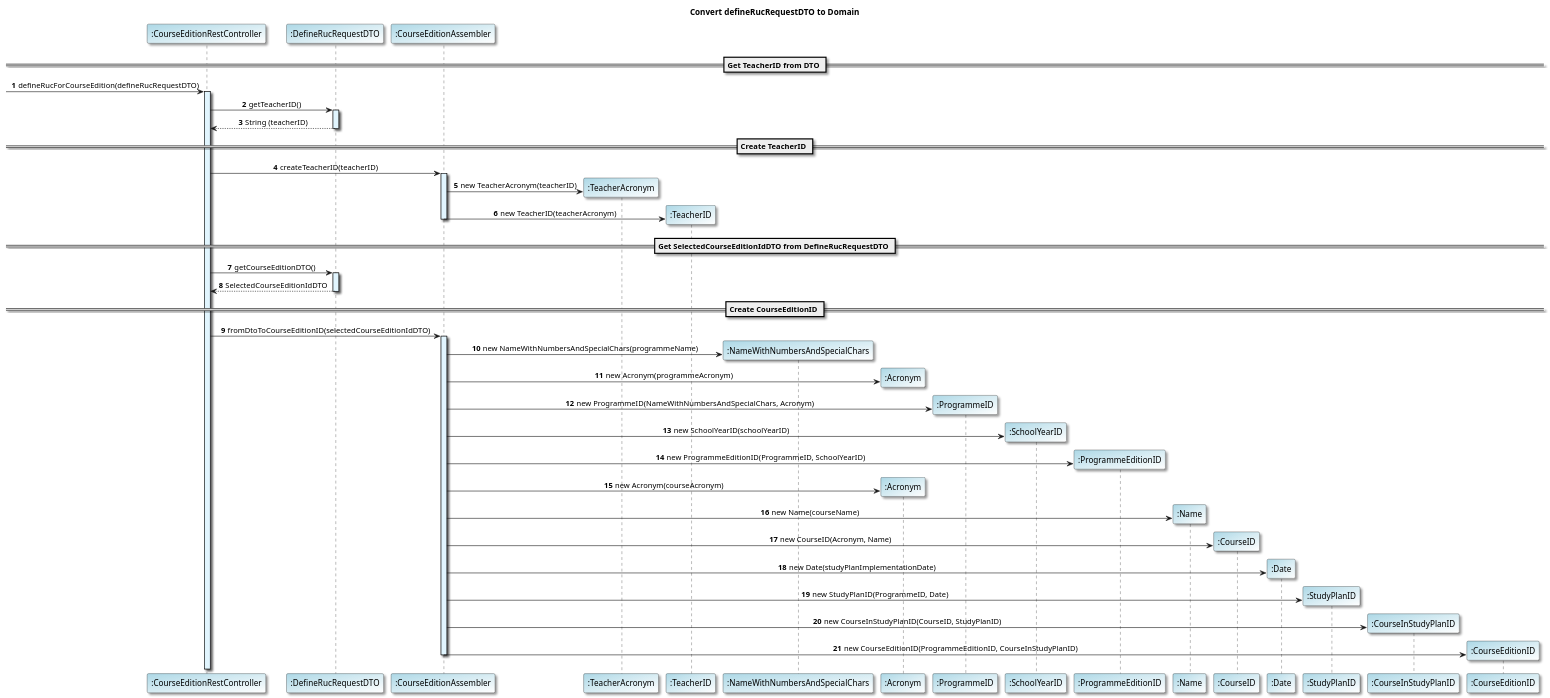
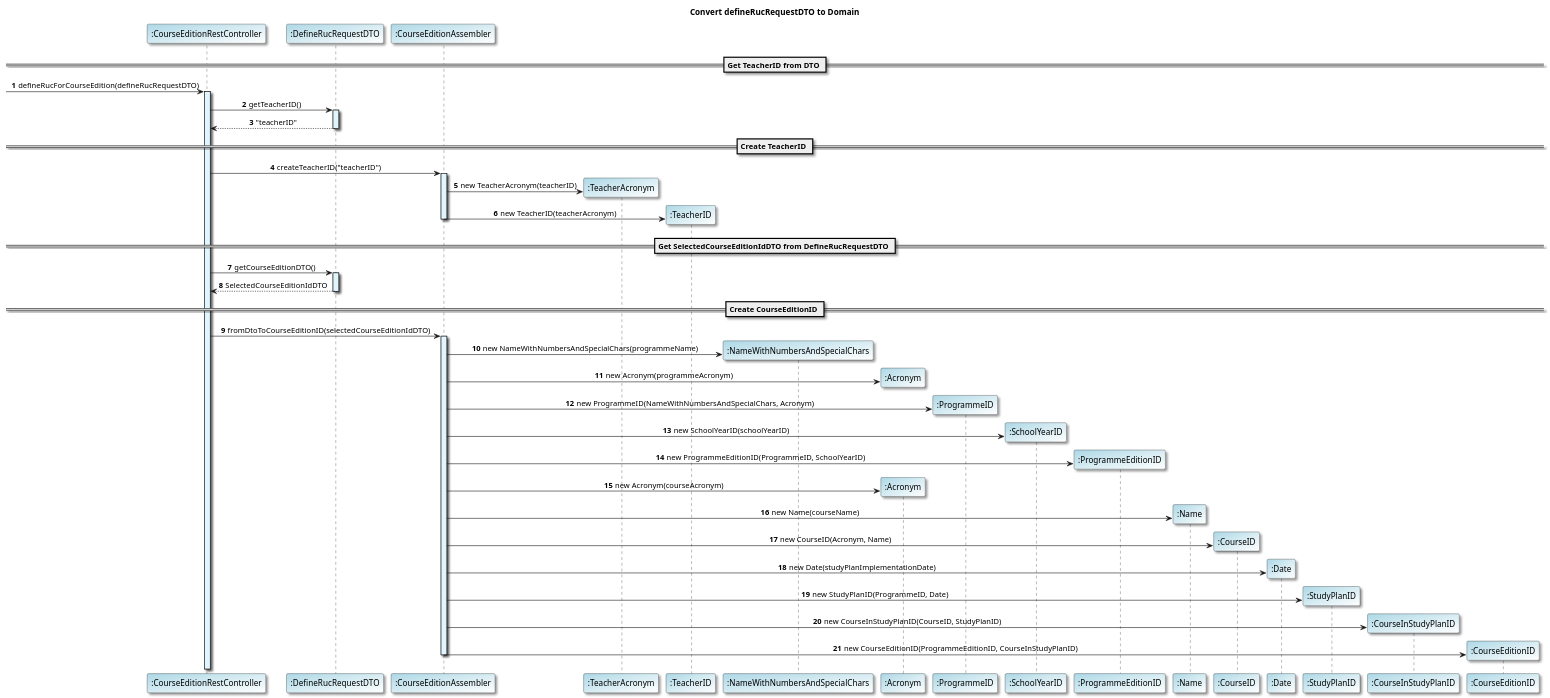
Before and after one commit to GasparISEP/DevOps-PAI: the diagram in docs/US20/sprint6_RestAPI/scenarioView/refs/ConvertDefineRucRequestDTOToDomain_referenceDiagram.puml, drawn with PlantUML. The commit also changed 1 other file, not shown here.

Commit message:
Refs #648: Refactor L4 scenario view diagram for Define RUC - improved message descriptions with HTTP methods and status codes

```diff
--- a/docs/US20/sprint6_RestAPI/scenarioView/refs/ConvertDefineRucRequestDTOToDomain_referenceDiagram.puml
+++ b/docs/US20/sprint6_RestAPI/scenarioView/refs/ConvertDefineRucRequestDTOToDomain_referenceDiagram.puml
@@ -1,57 +1,57 @@
 @startuml
 title Convert defineRucRequestDTO to Domain
 
 skinparam defaultFontName "Verdana"
 skinparam defaultTextAlignment center
 skinparam shadowing true
 skinparam participantBackgroundColor #lightblue/white
 
 autonumber
 
 participant ":CourseEditionRestController" as Controller
 participant ":DefineRucRequestDTO" as DTO
 participant ":CourseEditionAssembler" as Assembler
 
 == Get TeacherID from DTO ==
 
 -> Controller: defineRucForCourseEdition(defineRucRequestDTO)
 activate Controller #E1F5FE
 Controller -> DTO : getTeacherID()
 activate DTO #E1F5FE
-DTO --> Controller : String (teacherID)
+DTO --> Controller : "teacherID"
 deactivate DTO
 
 == Create TeacherID ==
-Controller -> Assembler : createTeacherID(teacherID)
+Controller -> Assembler : createTeacherID("teacherID")
 activate Assembler #E1F5FE
 Assembler -> ":TeacherAcronym"** : new TeacherAcronym(teacherID)
 Assembler -> ":TeacherID" ** : new TeacherID(teacherAcronym)
 deactivate Assembler
 
 == Get SelectedCourseEditionIdDTO from DefineRucRequestDTO ==
 Controller -> DTO : getCourseEditionDTO()
 activate DTO #E1F5FE
 DTO --> Controller : SelectedCourseEditionIdDTO
 deactivate DTO
 
 == Create CourseEditionID ==
 Controller -> Assembler : fromDtoToCourseEditionID(selectedCourseEditionIdDTO)
 activate Assembler #E1F5FE
 
 Assembler -> ":NameWithNumbersAndSpecialChars"**: new NameWithNumbersAndSpecialChars(programmeName)
 Assembler -> ":Acronym"** : new Acronym(programmeAcronym)
 Assembler -> ":ProgrammeID"**: new ProgrammeID(NameWithNumbersAndSpecialChars, Acronym)
 Assembler -> ":SchoolYearID"** : new SchoolYearID(schoolYearID)
 Assembler -> ":ProgrammeEditionID"**: new ProgrammeEditionID(ProgrammeID, SchoolYearID)
 Assembler -> ":Acronym"** : new Acronym(courseAcronym)
 Assembler -> ":Name"** : new Name(courseName)
 Assembler -> ":CourseID"** : new CourseID(Acronym, Name)
 Assembler -> ":Date"**: new Date(studyPlanImplementationDate)
 Assembler -> ":StudyPlanID"**: new StudyPlanID(ProgrammeID, Date)
 Assembler -> ":CourseInStudyPlanID"** : new CourseInStudyPlanID(CourseID, StudyPlanID)
 Assembler -> ":CourseEditionID"** : new CourseEditionID(ProgrammeEditionID, CourseInStudyPlanID)
 
 
 deactivate Assembler
 
 @enduml
```
